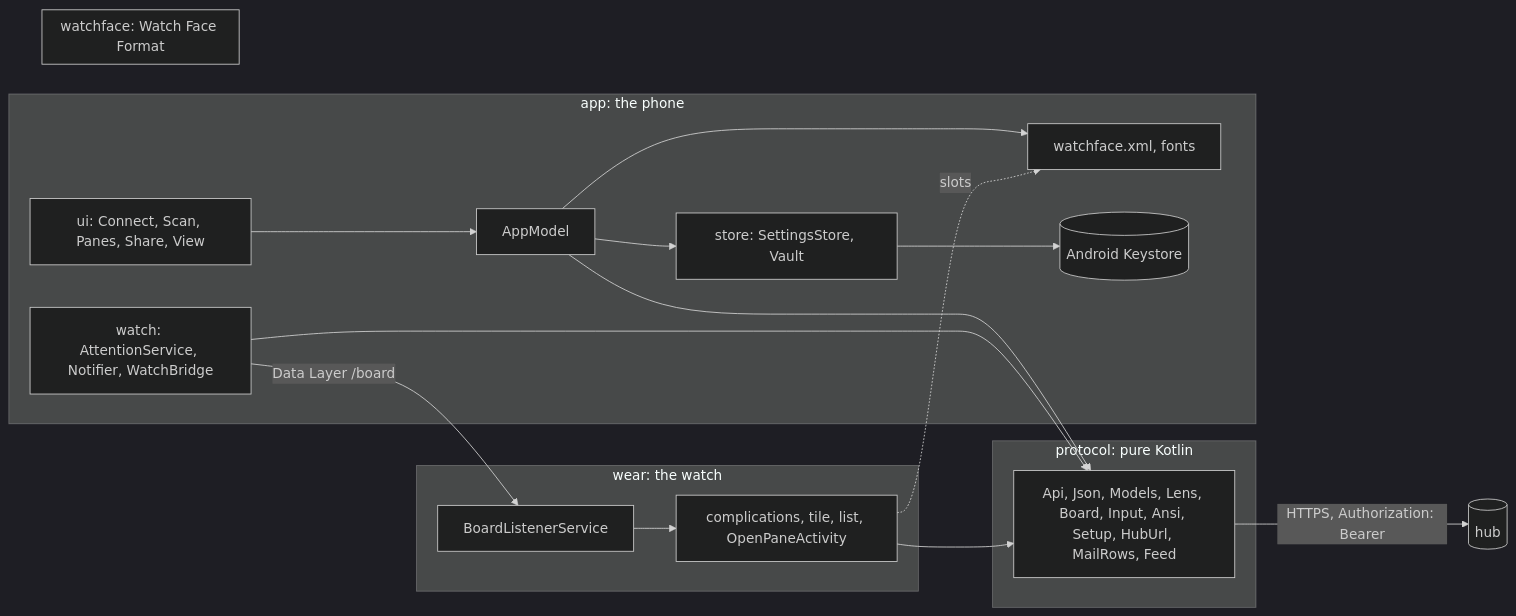
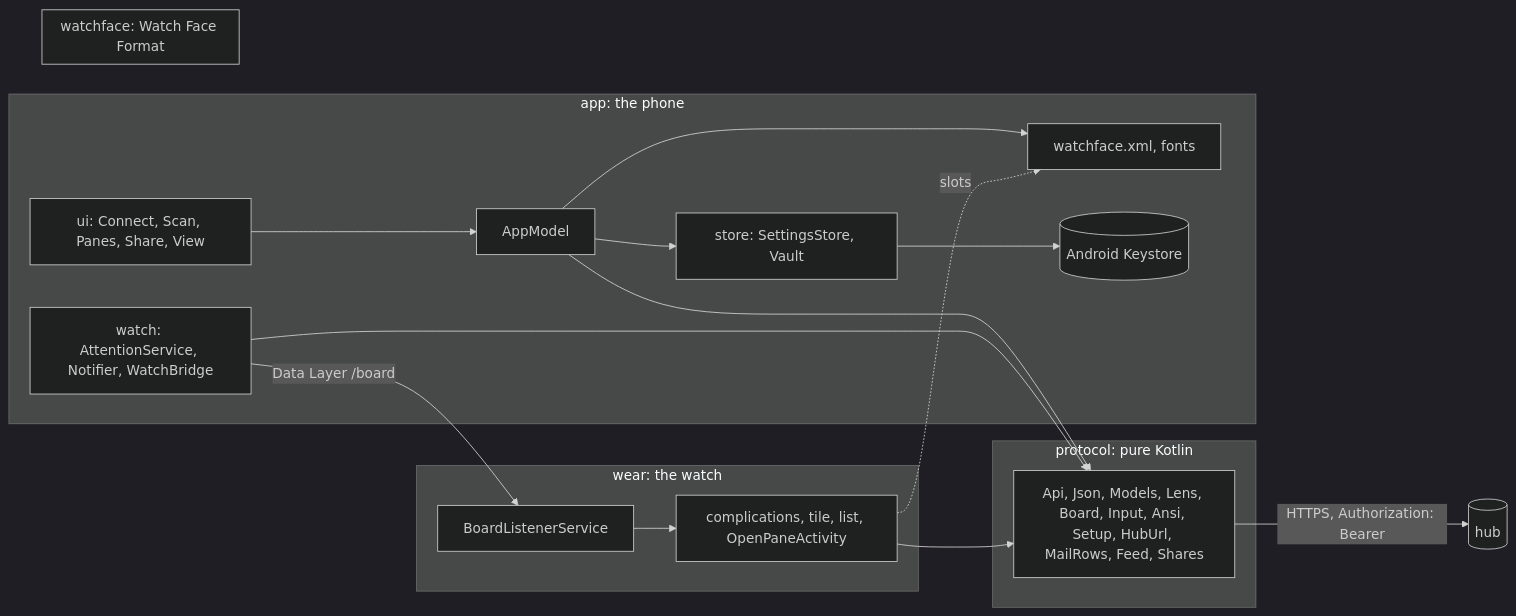
The first of 5 diagrams in docs/ARCHITECTURE.md (notmarkopadjen/muxway-android), drawn with Mermaid (dark theme) before and after one commit. The commit also changed other lines of this file and 5 other files, not shown here.

Commit message:
The share feature page, and the pane view, the architecture, the testing page and the README say where a pane is shared; 0.21.0 (52)

````diff
--- a/docs/ARCHITECTURE.md
+++ b/docs/ARCHITECTURE.md
@@ -11,24 +11,24 @@
 ```mermaid
 flowchart LR
     subgraph protocol[protocol: pure Kotlin]
-        P[Api, Json, Models, Lens, Board, Input, Ansi, Setup, HubUrl, MailRows, Feed]
+        P[Api, Json, Models, Lens, Board, Input, Ansi, Setup, HubUrl, MailRows, Feed, Shares]
     end
     subgraph app[app: the phone]
         UI[ui: Connect, Scan, Panes, Share, View] --> M[AppModel]
         M --> F[files: Attachments]
         M --> S[store: SettingsStore, Vault]
         S --> KS[(Android Keystore)]
         W[watch: AttentionService, Notifier, WatchBridge]
     end
     subgraph wear[wear: the watch]
         L[BoardListenerService] --> C[complications, tile, list, OpenPaneActivity]
     end
     subgraph watchface[watchface: Watch Face Format]
         F[watchface.xml, fonts]
     end
     M & W --> P
     C --> P
     P -- "HTTPS, Authorization: Bearer" --> H[(hub)]
     W -- "Data Layer /board" --> L
     C -. slots .-> F
 ```
````
